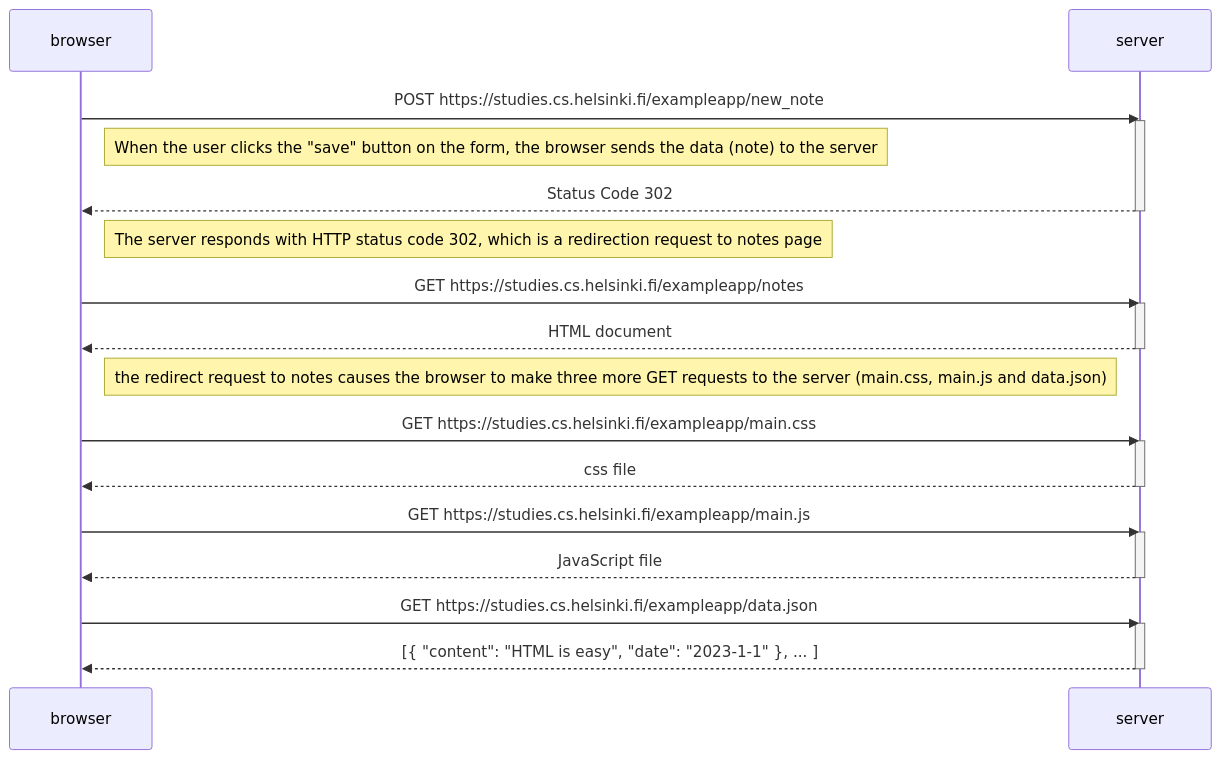
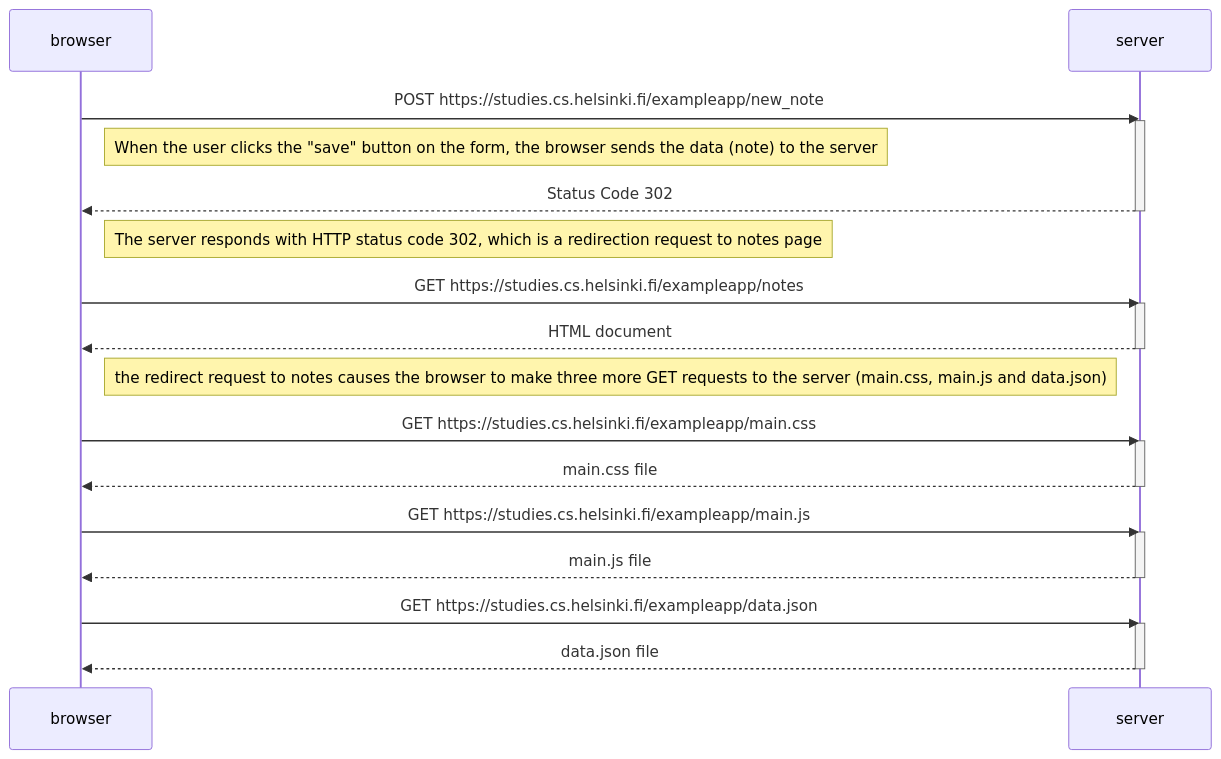
Before and after one commit to kirsikkahiltunen/Fullstack_palautusrepositorio: the diagram in osa0/0.4_uusi_muistiinpano.md, drawn with Mermaid. The commit also changed other lines of this file and 2 other files, not shown here.

Commit message:
Tehtävät osa 0

````diff
--- a/osa0/0.4_uusi_muistiinpano.md
+++ b/osa0/0.4_uusi_muistiinpano.md
@@ -1,39 +3,39 @@
 ```mermaid
 sequenceDiagram
 
     participant browser
     participant server
 
     browser->>server: POST https://studies.cs.helsinki.fi/exampleapp/new_note
     activate server
 
     Note right of browser: When the user clicks the "save" button on the form, the browser sends the data (note) to the server
 
     server-->>browser: Status Code 302
     deactivate server
 
     Note right of browser: The server responds with HTTP status code 302, which is a redirection request to notes page
     
     browser->>server: GET https://studies.cs.helsinki.fi/exampleapp/notes
     activate server
 
     server-->>browser: HTML document
     deactivate server
 
     Note right of browser: the redirect request to notes causes the browser to make three more GET requests to the server (main.css, main.js and data.json)
     
     browser->>server: GET https://studies.cs.helsinki.fi/exampleapp/main.css
     activate server
-    server-->>browser: css file
+    server-->>browser: main.css file
     deactivate server
     
     browser->>server: GET https://studies.cs.helsinki.fi/exampleapp/main.js
     activate server
-    server-->>browser: JavaScript file
+    server-->>browser: main.js file
     deactivate server
     
     browser->>server: GET https://studies.cs.helsinki.fi/exampleapp/data.json
     activate server
-    server-->>browser: [{ "content": "HTML is easy", "date": "2023-1-1" }, ... ]
+    server-->>browser: data.json file
     deactivate server
 ```
````
